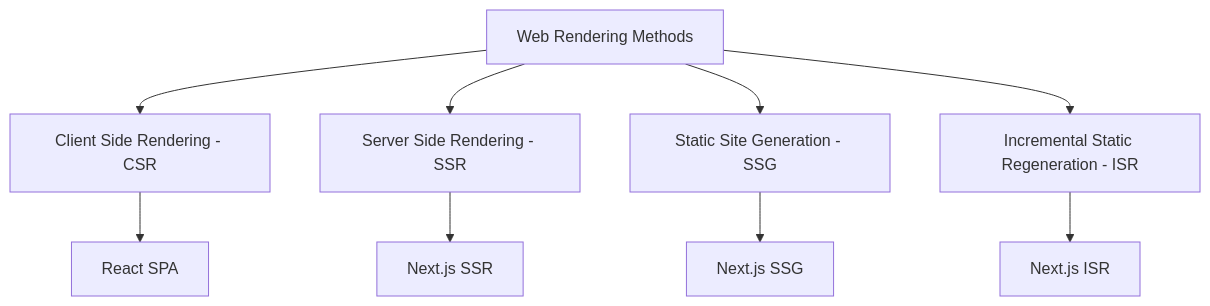
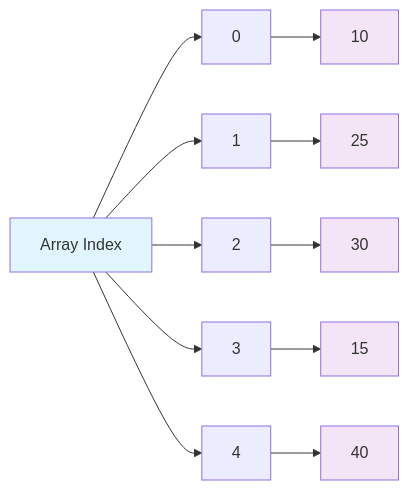
Before and after one commit to khieu-dv/vievlog: the first of 4 diagrams in src/content/soft-skills/dsa/bai-3.md, drawn with Mermaid. The commit also changed other lines of this file and 19 other files, not shown here.

````diff
--- a/src/content/soft-skills/dsa/bai-3.md
+++ b/src/content/soft-skills/dsa/bai-3.md
@@ -17,12 +21,21 @@
 ```mermaid
-graph TD
-    A[Web Rendering Methods] --> B[Client Side Rendering - CSR]
-    A --> C[Server Side Rendering - SSR]
-    A --> D[Static Site Generation - SSG]
-    A --> E[Incremental Static Regeneration - ISR]
+graph LR
+    A[Array Index] --> B[0]
+    A --> C[1]
+    A --> D[2]
+    A --> E[3]
+    A --> F[4]
 
-    B --> B1[React SPA]
-    C --> C1[Next.js SSR]
-    D --> D1[Next.js SSG]
-    E --> E1[Next.js ISR]
+    B --> G[10]
+    C --> H[25]
+    D --> I[30]
+    E --> J[15]
+    F --> K[40]
+
+    style A fill:#e1f5fe
+    style G fill:#f3e5f5
+    style H fill:#f3e5f5
+    style I fill:#f3e5f5
+    style J fill:#f3e5f5
+    style K fill:#f3e5f5
 ```
````
